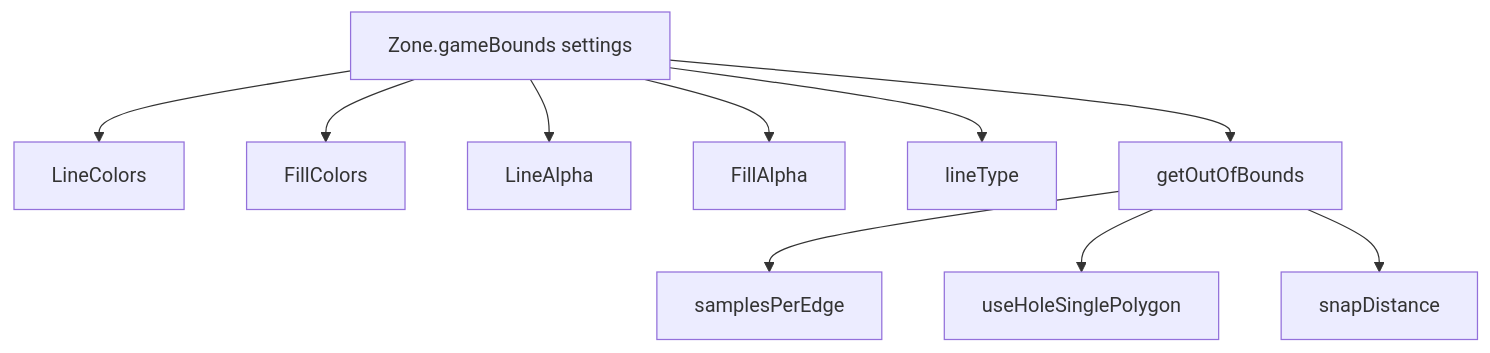
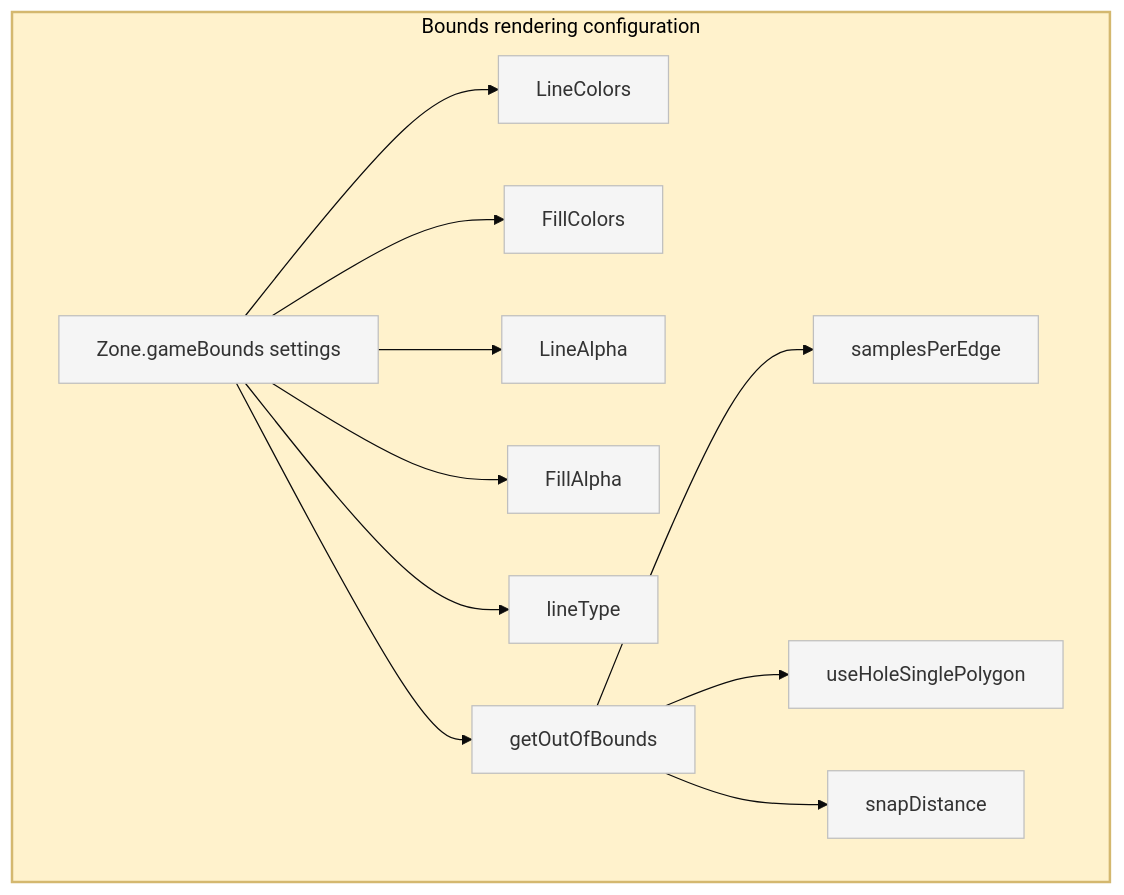
Before and after one commit to Gh0st352/AETHR: the fourth of 4 diagrams in docs/config/zone_paint_and_bounds.md, drawn with Mermaid. The commit also changed other lines of this file and 8 other files, not shown here.

First line of the commit message:
docs(config): enhance Mermaid diagrams with theme/layout

````diff
--- a/docs/config/zone_paint_and_bounds.md
+++ b/docs/config/zone_paint_and_bounds.md
@@ -103,12 +116,19 @@
 ```mermaid
-flowchart TD
-  CFG[Zone.gameBounds settings] --> LC[LineColors]
-  CFG --> FC[FillColors]
-  CFG --> LA[LineAlpha]
-  CFG --> FA[FillAlpha]
-  CFG --> LT[lineType]
-  CFG --> OOB[getOutOfBounds]
-  OOB --> S1[samplesPerEdge]
-  OOB --> S2[useHoleSinglePolygon]
-  OOB --> S3[snapDistance]
+%%{init: {"theme":"base", "themeVariables":{"primaryColor":"#f5f5f5"}}}%%
+flowchart TB
+  subgraph BOUNDS_CFG [Bounds rendering configuration]
+    style BOUNDS_CFG fill:#fff2cc,stroke:#d4b86f,stroke-width:2px
+    CFG[Zone.gameBounds settings] --> LC[LineColors]
+    CFG --> FC[FillColors]
+    CFG --> LA[LineAlpha]
+    CFG --> FA[FillAlpha]
+    CFG --> LT[lineType]
+    CFG --> OOB[getOutOfBounds]
+    OOB --> S1[samplesPerEdge]
+    OOB --> S2[useHoleSinglePolygon]
+    OOB --> S3[snapDistance]
+  end
+
+  classDef node fill:#f5f5f5,stroke:#bfbfbf,stroke-width:1px
+  class CFG,LC,FC,LA,FA,LT,OOB,S1,S2,S3 node
 ```
````
